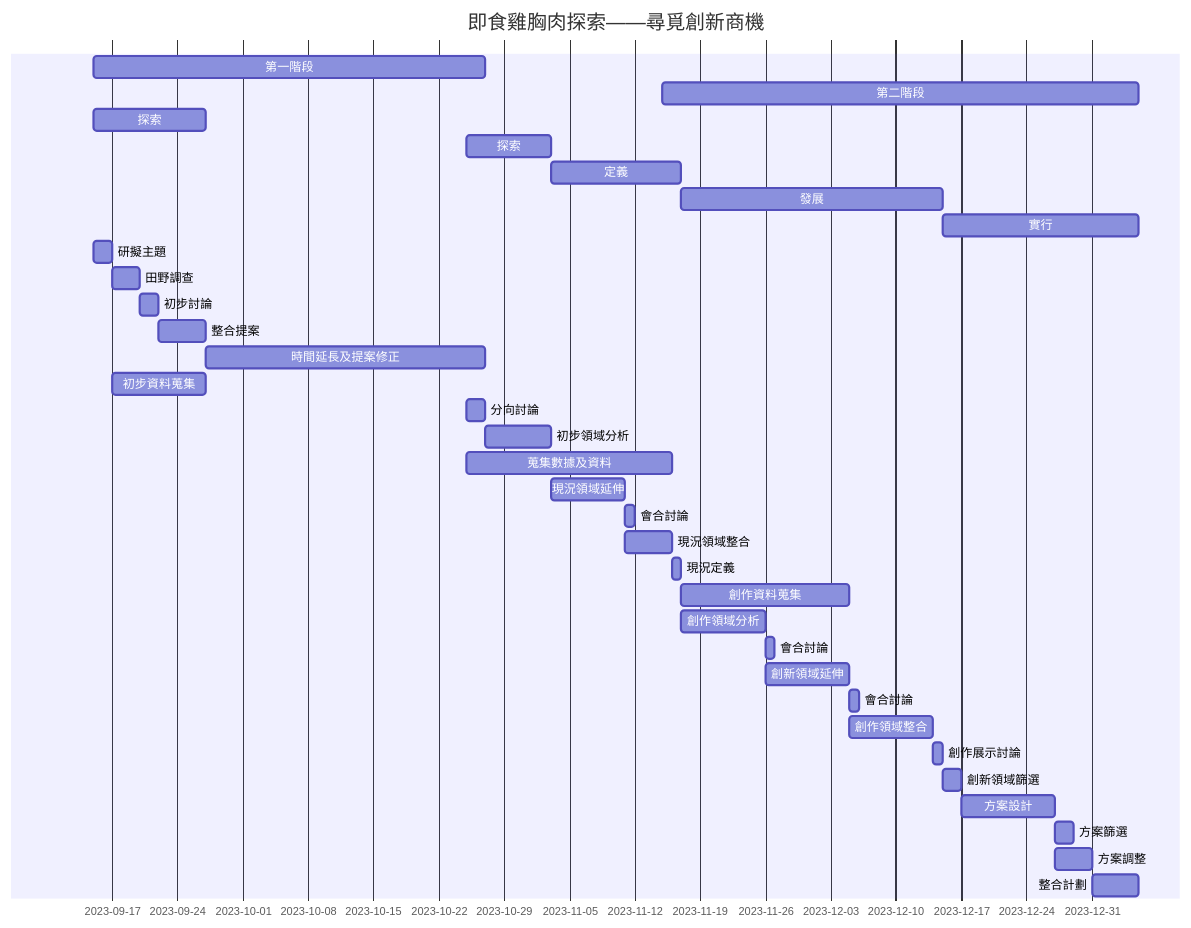
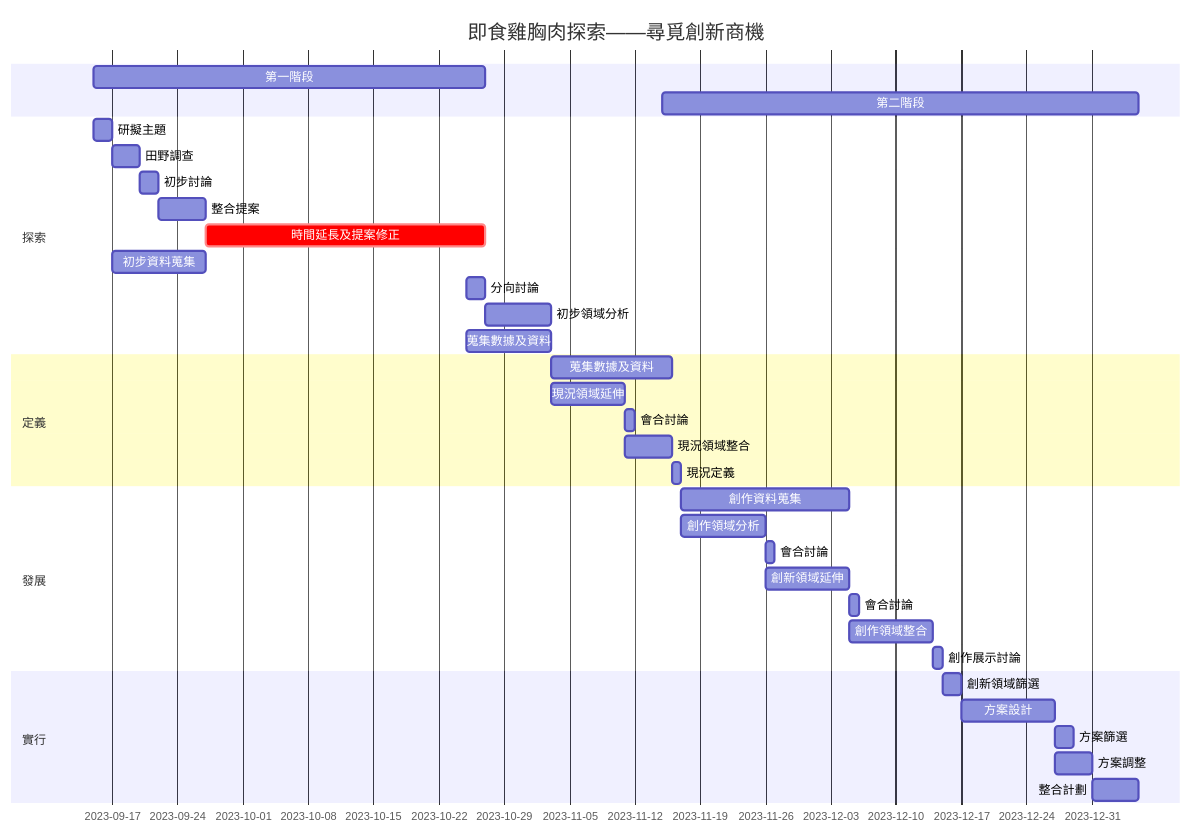
One commit to C110134148/T15nT1 changed the second of 2 diagrams in README.md. Above: the diagram before and after it, drawn with Mermaid.

Commit message:
Update README.md gratt

````diff
--- a/README.md
+++ b/README.md
@@ -55,41 +55,42 @@
 ```mermaid
     gantt
         title 即食雞胸肉探索——尋覓創新商機
+
 第一階段    : c1, 2023-09-15 ,42d
 第二階段    : c2, 2023-11-15 ,51d
-探索    : b1, 2023-09-15 ,12d
-探索    : b5, 2023-10-25 ,9d
-定義    : b2, after b5,14d
-發展    : b3, after b2 ,28d
-實行    : b4, after b3 ,21d
+todayMarker off
+section 探索
         研擬主題     : a1, 2023-09-15 ,2d
         田野調查     : a2, after a1 , 3d
         初步討論     : a4, after a2 , 2d
         整合提案     : a5, after a4 , 5d
 
-        時間延長及提案修正  : a25, after a5 , 30d
+        時間延長及提案修正  :crit, a25, after a5 , 30d
 
         初步資料蒐集    : a3, after a1 , 10d
         分向討論     : a6, 2023-10-25 , 2d
         初步領域分析     : a8 ,after a6 , 7d
-        蒐集數據及資料 : a7, 2023-10-25 , 22d
 
+        蒐集數據及資料 : a7, 2023-10-25 , 9d
+section 定義
+        蒐集數據及資料 : a26, after a7 , 13d
         現況領域延伸     : a9, after a8 , 8d
         會合討論     : a10, after a9 , 1d
         現況領域整合     : a11, after a9 , 5d
         現況定義 : a12, after a11 , 1d
-
+section 發展
         創作資料蒐集     : a13 ,after a12 , 18d
         創作領域分析: a14 ,after a12 , 9d
         會合討論     : a16, after a14 , 1d
         創新領域延伸   : a15, after a14 ,9d
         會合討論: a18 ,after a15 , 1d
         創作領域整合: a17 ,after a15 , 9d
         創作展示討論: a19 ,after a17 , 1d
 
+section 實行
 創新領域篩選: a20 ,after a19 , 2d
 方案設計: a21 ,after a20 , 10d
 方案篩選: a22 ,after a21 , 2d
 方案調整: a23 ,after a21 , 4d
 整合計劃: a24 ,after a23 , 5d
 ```
````
